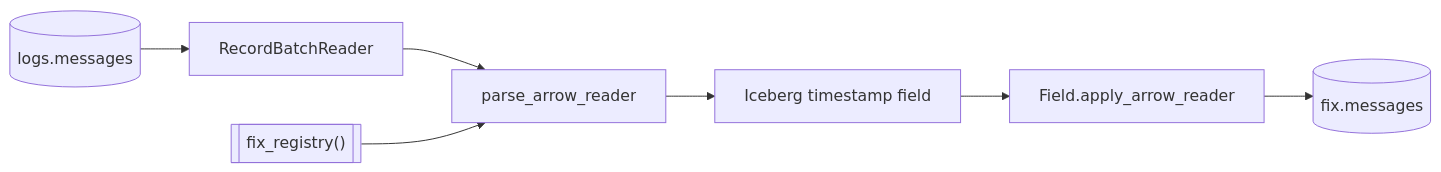
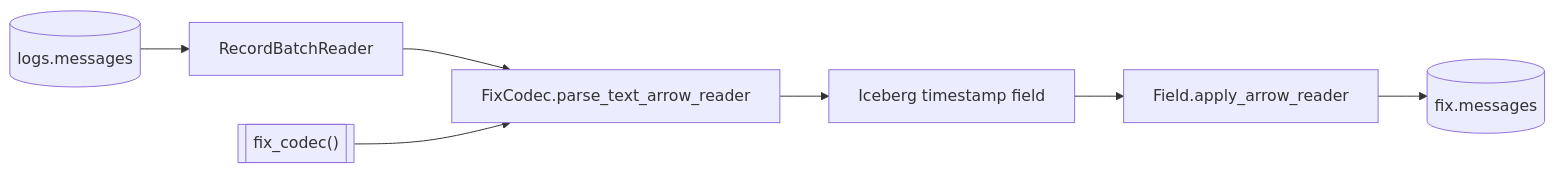
Before and after one commit to Platob/yggfin: the diagram in docs/pipeline/tasks/parse-fix.md, drawn with Mermaid. The commit also changed other lines of this file and 1762 other files, not shown here.

````diff
--- a/docs/pipeline/tasks/parse-fix.md
+++ b/docs/pipeline/tasks/parse-fix.md
@@ -39,9 +37,9 @@
 ```mermaid
 flowchart LR
     M[("logs.messages")] --> R["RecordBatchReader"]
-    R --> P["parse_arrow_reader"]
-    D[["fix_registry()"]] --> P
+    R --> P["FixCodec.parse_text_arrow_reader"]
+    D[["fix_codec()"]] --> P
     P --> N["Iceberg timestamp field"]
     N --> A["Field.apply_arrow_reader"]
     A --> F[("fix.messages")]
 ```
````
